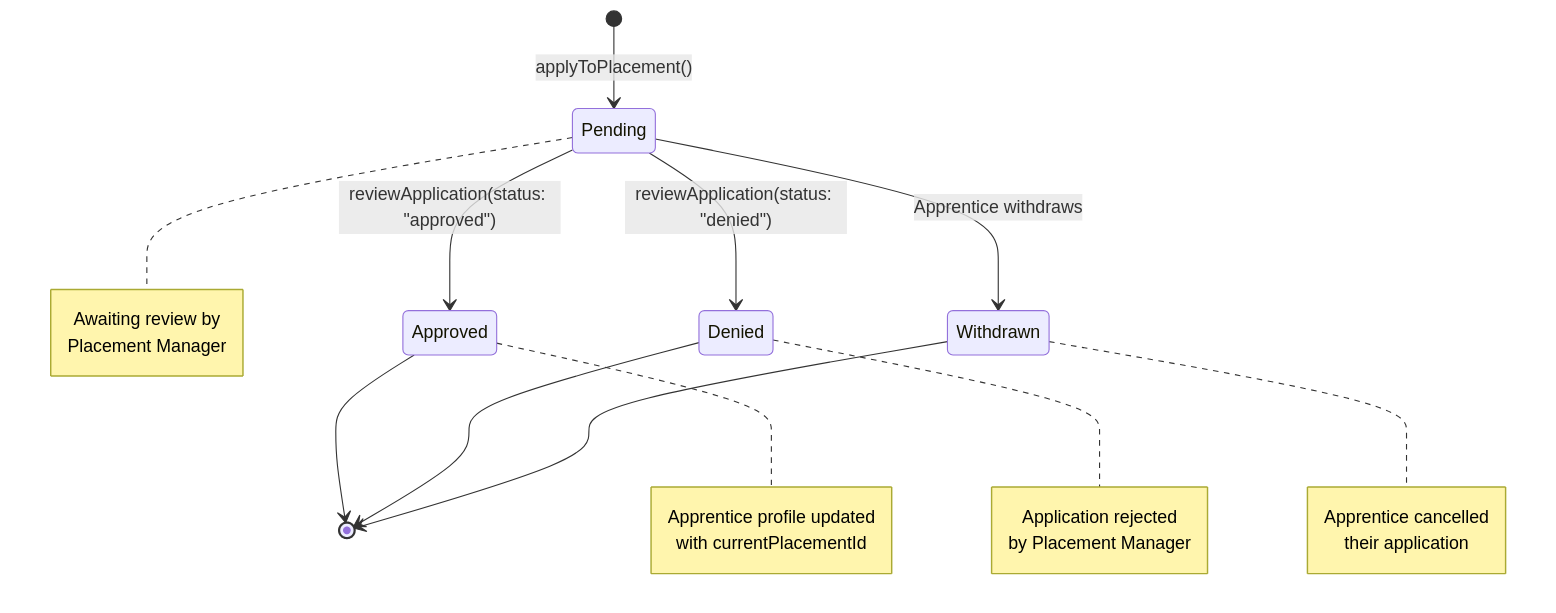
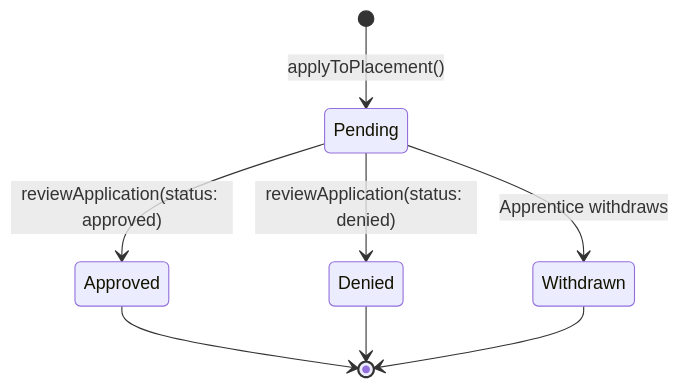
One commit to JayCenaUni/Placements changed the second of 3 diagrams in docs/uml/state-diagrams.md. Above: the diagram before and after it, drawn with Mermaid. The commit also changed other lines of this file and 5 other files, not shown here.

Commit message:
Add i package to dependencies, enhance UML diagrams, and refine state diagrams for clarity

````diff
--- a/docs/uml/state-diagrams.md
+++ b/docs/uml/state-diagrams.md
@@ -51,29 +30,12 @@
 ```mermaid
 stateDiagram-v2
     [*] --> Pending : applyToPlacement()
 
-    Pending --> Approved : reviewApplication(status: "approved")
-    Pending --> Denied : reviewApplication(status: "denied")
+    Pending --> Approved : reviewApplication(status: approved)
+    Pending --> Denied : reviewApplication(status: denied)
     Pending --> Withdrawn : Apprentice withdraws
 
     Approved --> [*]
     Denied --> [*]
     Withdrawn --> [*]
-
-    note right of Pending
-        Awaiting review by
-        Placement Manager
-    end note
-    note right of Approved
-        Apprentice profile updated
-        with currentPlacementId
-    end note
-    note right of Denied
-        Application rejected
-        by Placement Manager
-    end note
-    note right of Withdrawn
-        Apprentice cancelled
-        their application
-    end note
 ```
````
